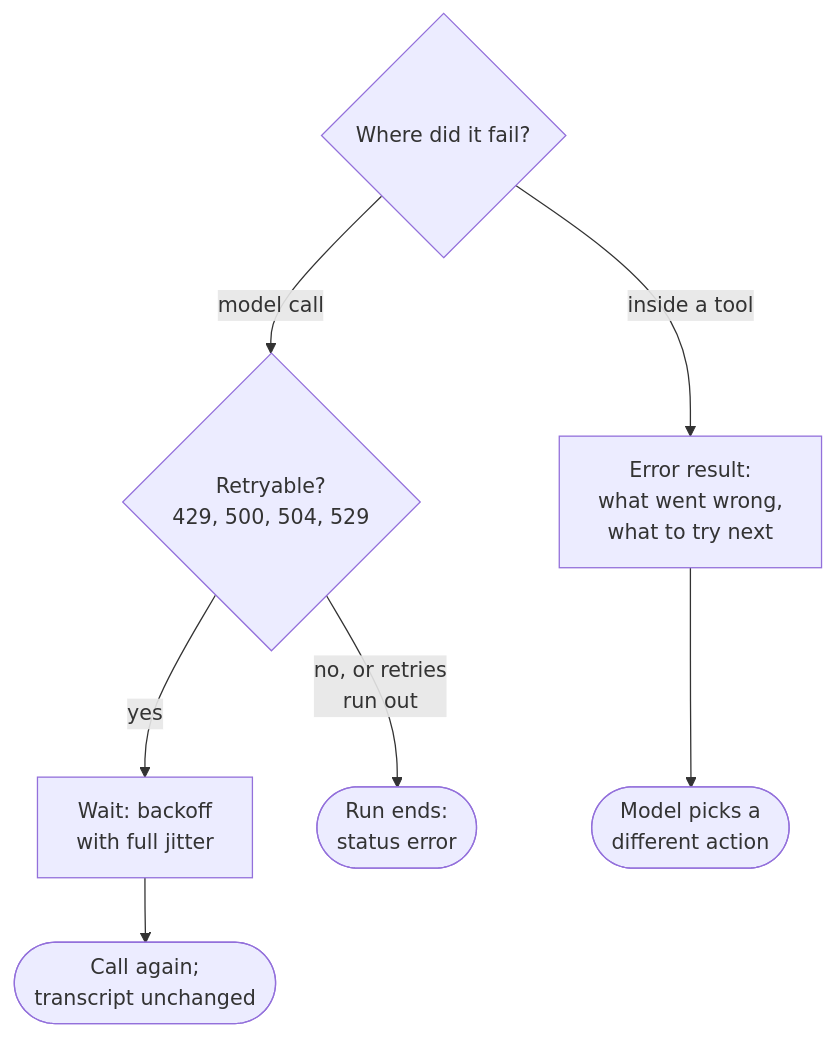
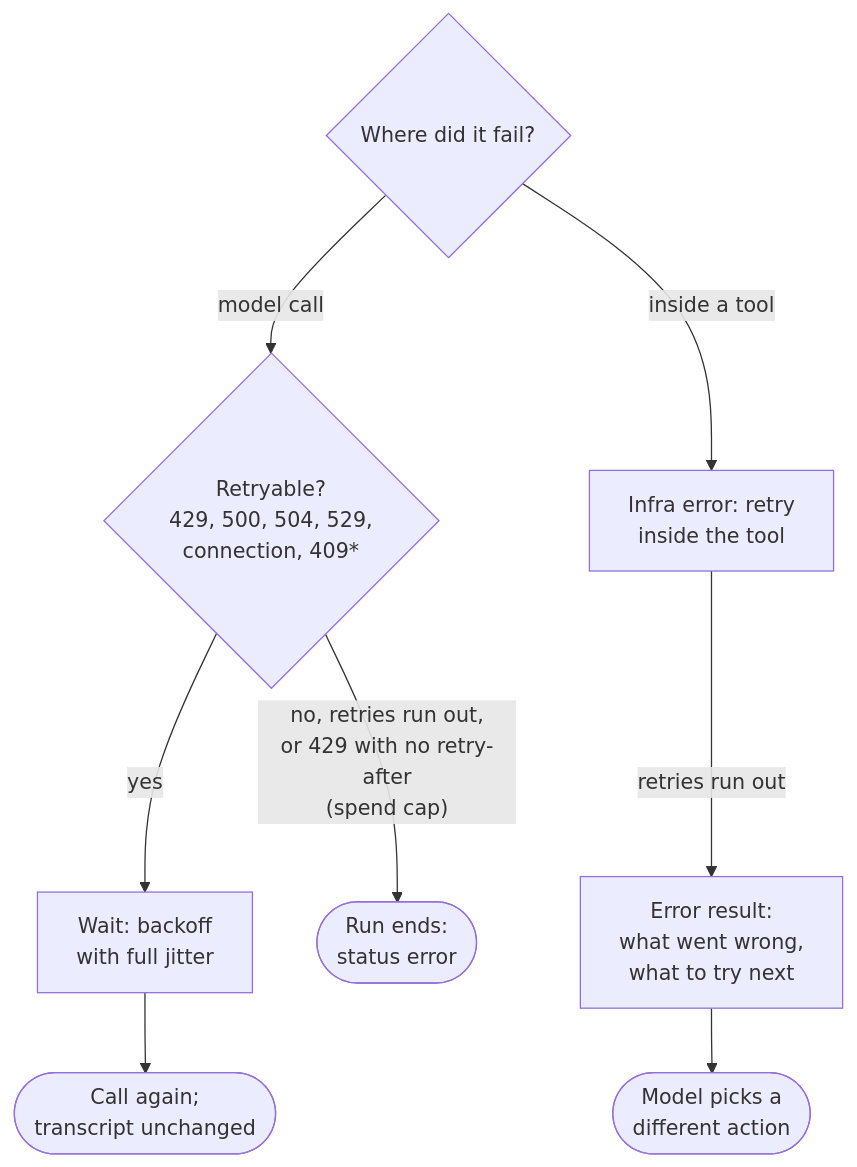
The diagram in diagrams/src/error-two-paths.mmd (joshxinjie/agentic-harness-notes), drawn with Mermaid before and after one commit. The commit also changed 8 other files, not shown here.

```diff
--- a/diagrams/src/error-two-paths.mmd
+++ b/diagrams/src/error-two-paths.mmd
@@ -1,7 +1,8 @@
 flowchart TD
-    F{"Where did it fail?"} -->|"model call"| I{"Retryable?<br>429, 500, 504, 529"}
-    F -->|"inside a tool"| TE["Error result:<br>what went wrong,<br>what to try next"]
+    F{"Where did it fail?"} -->|"model call"| I{"Retryable?<br>429, 500, 504, 529,<br>connection, 409*"}
+    F -->|"inside a tool"| TR["Infra error: retry<br>inside the tool"]
+    TR -->|"retries run out"| TE["Error result:<br>what went wrong,<br>what to try next"]
     I -->|"yes"| W["Wait: backoff<br>with full jitter"]
     W --> RC(["Call again;<br>transcript unchanged"])
-    I -->|"no, or retries<br>run out"| ST(["Run ends:<br>status error"])
+    I -->|"no, retries run out,<br>or 429 with no retry-after<br>(spend cap)"| ST(["Run ends:<br>status error"])
     TE --> MD(["Model picks a<br>different action"])
```
